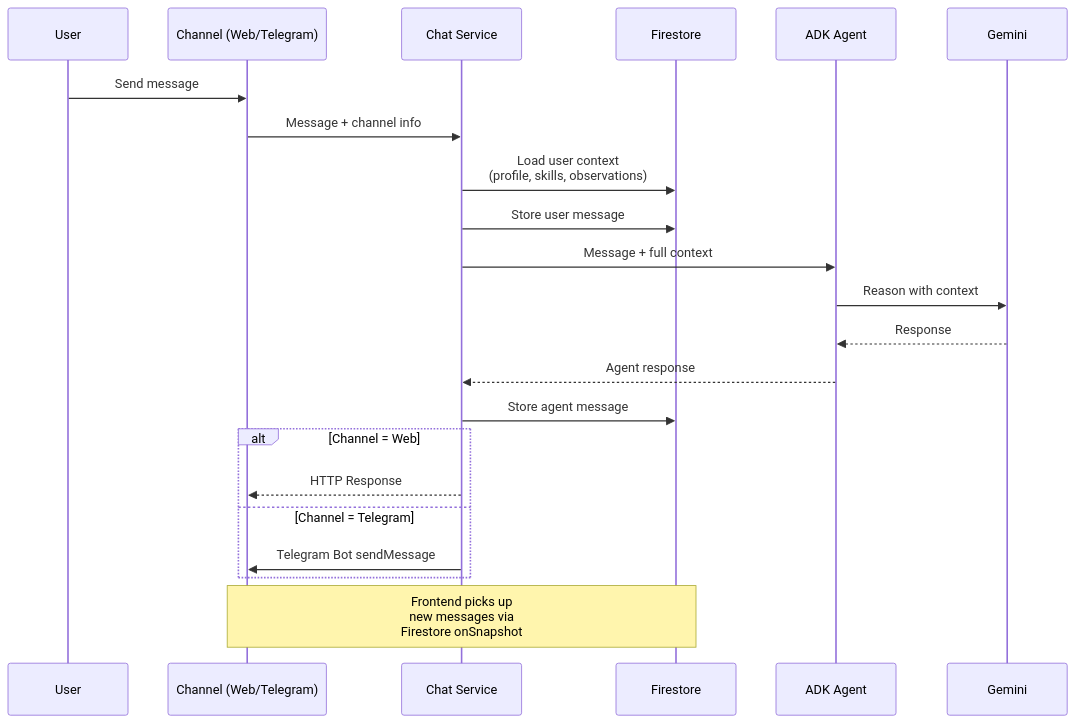
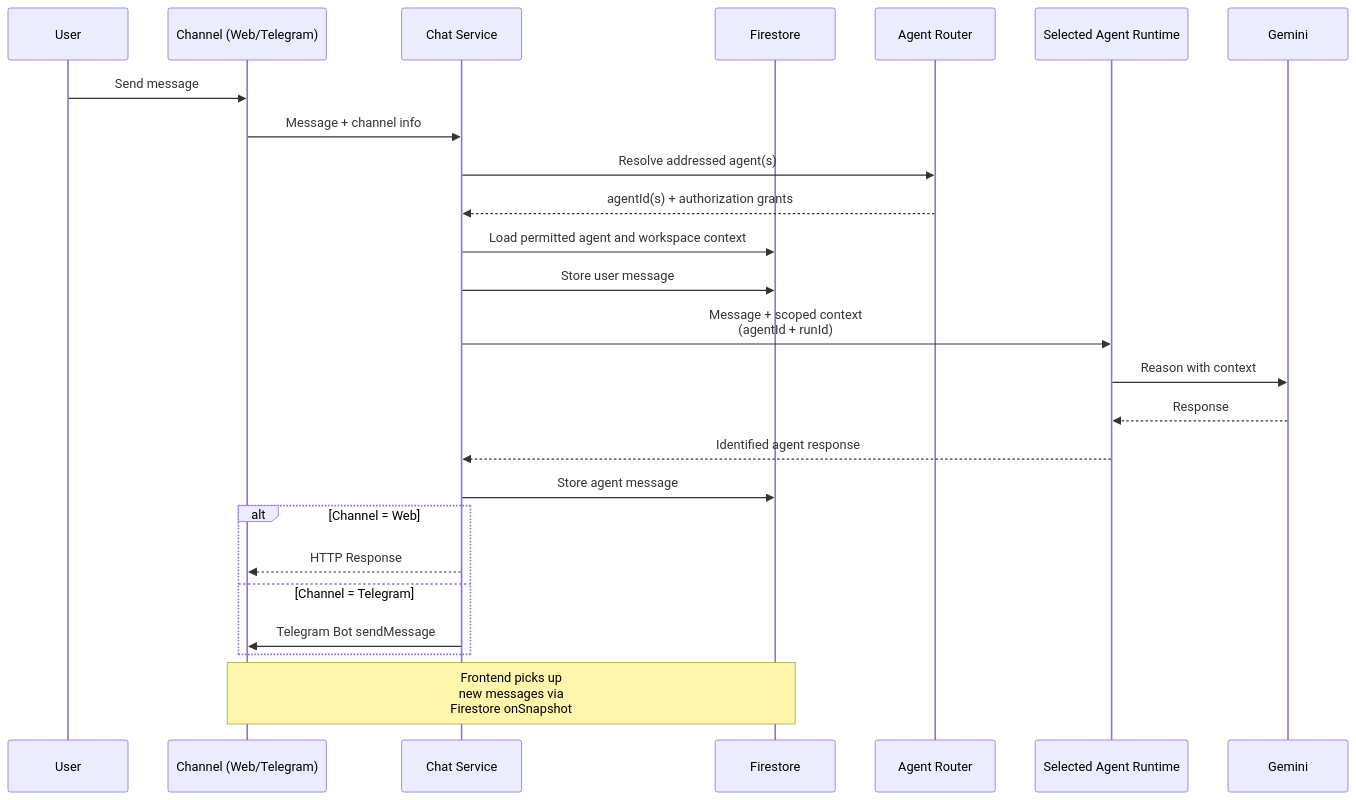
The fifth of 7 diagrams in docs/ARCHITECTURE.md (yernururue/Mark-I), drawn with Mermaid before and after one commit. The commit also changed other lines of this file and 52 other files, not shown here.

Commit message:
feat: implement core chat functionality, authentication flows, and product readiness documentation while restructuring frontend architecture

````diff
--- a/docs/ARCHITECTURE.md
+++ b/docs/ARCHITECTURE.md
@@ -216,27 +237,30 @@
 ```mermaid
 sequenceDiagram
     participant U as User
     participant CH as Channel (Web/Telegram)
     participant API as Chat Service
     participant FS as Firestore
-    participant ADK as ADK Agent
+    participant RT as Agent Router
+    participant ADK as Selected Agent Runtime
     participant GEM as Gemini
 
     U->>CH: Send message
     CH->>API: Message + channel info
-    API->>FS: Load user context<br/>(profile, skills, observations)
+    API->>RT: Resolve addressed agent(s)
+    RT-->>API: agentId(s) + authorization grants
+    API->>FS: Load permitted agent and workspace context
     API->>FS: Store user message
-    API->>ADK: Message + full context
+    API->>ADK: Message + scoped context<br/>(agentId + runId)
     ADK->>GEM: Reason with context
     GEM-->>ADK: Response
-    ADK-->>API: Agent response
+    ADK-->>API: Identified agent response
     API->>FS: Store agent message
     
     alt Channel = Web
         API-->>CH: HTTP Response
     else Channel = Telegram
         API->>CH: Telegram Bot sendMessage
     end
     
     Note over FS,CH: Frontend picks up<br/>new messages via<br/>Firestore onSnapshot
 ```
````
